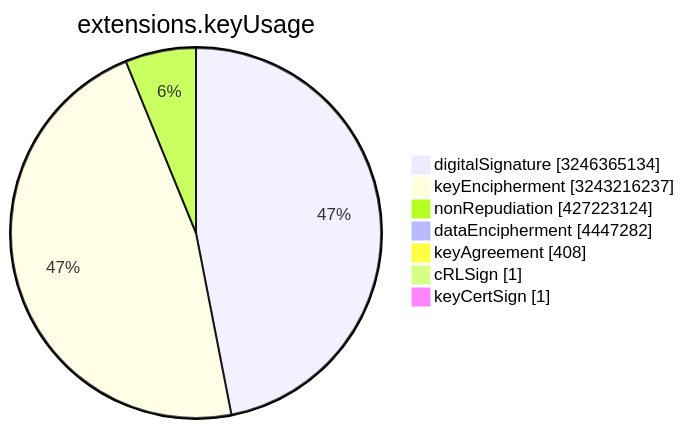
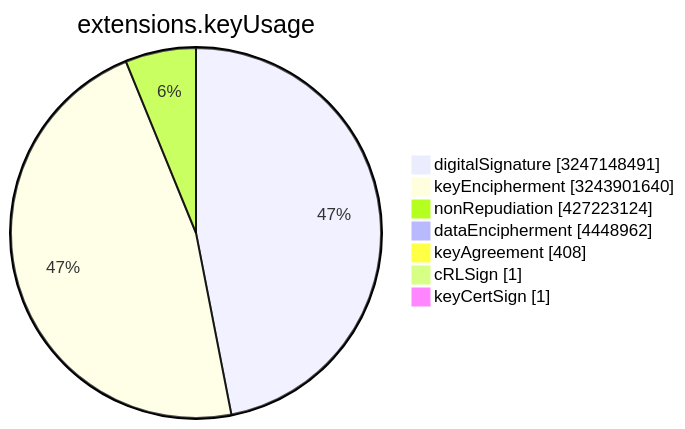
The sixth of 15 diagrams in TOTAL/README.md (christiankrug/ctmonitor_visualization), drawn with Mermaid before and after one commit. The commit also changed other lines of this file, not shown here.

````diff
--- a/TOTAL/README.md
+++ b/TOTAL/README.md
@@ -3077,11 +3078,11 @@
 ```mermaid
 pie showData
 title extensions.keyUsage
-"digitalSignature" :3246365134
-"keyEncipherment" :3243216237
+"digitalSignature" :3247148491
+"keyEncipherment" :3243901640
 "nonRepudiation" :427223124
-"dataEncipherment" :4447282
+"dataEncipherment" :4448962
 "keyAgreement" :408
 "cRLSign" :1
 "keyCertSign" :1
 ```
````
